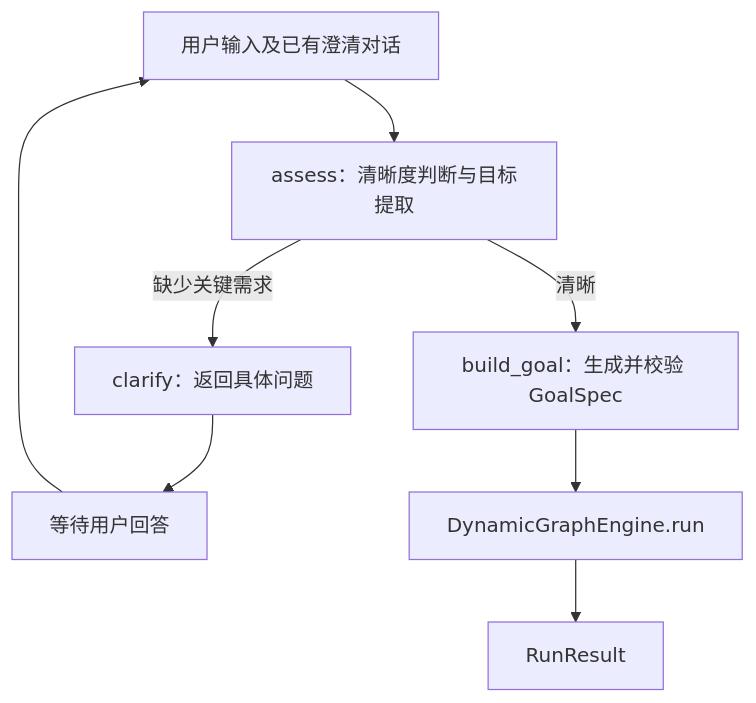
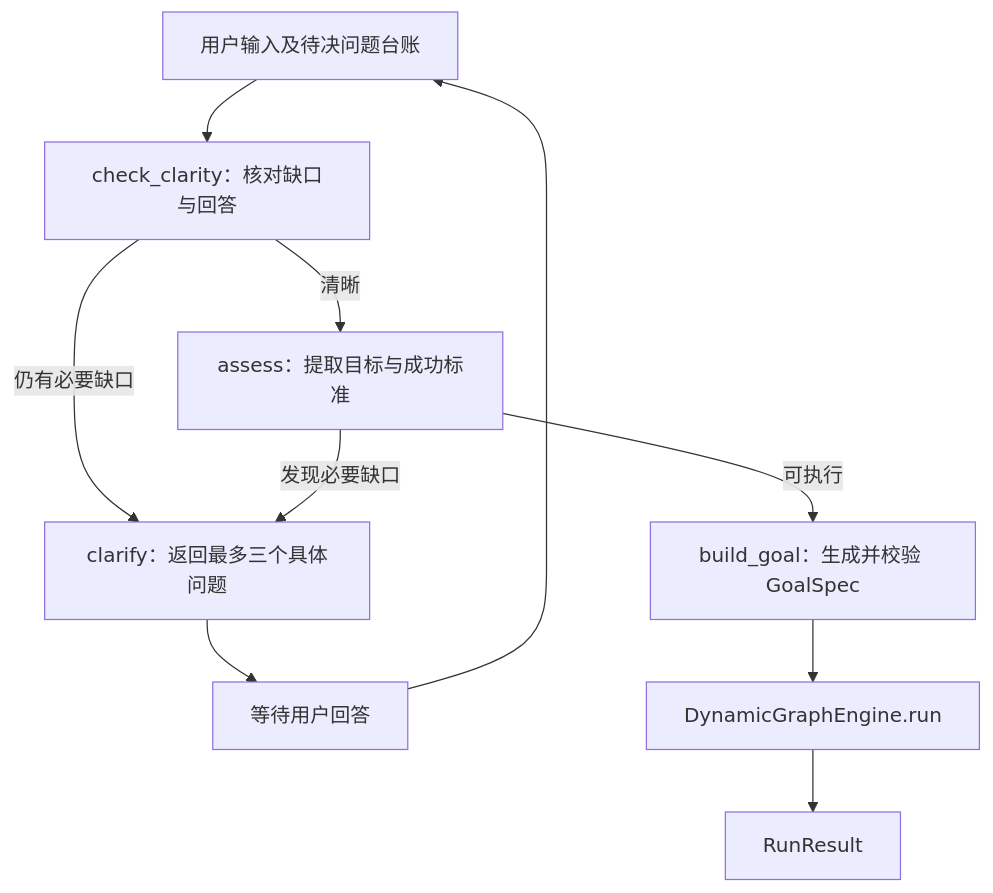
The diagram in README.md (DavidLiuXh/Karen), drawn with Mermaid before and after one commit. The commit also changed other lines of this file and 2 other files, not shown here.

Commit message:
Document clarification contracts and retain final partial evaluation results

````diff
--- a/README.md
+++ b/README.md
@@ -18,10 +20,12 @@
 ```mermaid
 flowchart TD
-    U[用户输入及已有澄清对话] --> A[assess：清晰度判断与目标提取]
-    A -->|缺少关键需求| Q[clarify：返回具体问题]
+    U[用户输入及待决问题台账] --> C[check_clarity：核对缺口与回答]
+    C -->|仍有必要缺口| Q[clarify：返回最多三个具体问题]
     Q --> W[等待用户回答]
     W --> U
-    A -->|清晰| G[build_goal：生成并校验 GoalSpec]
+    C -->|清晰| A[assess：提取目标与成功标准]
+    A -->|发现必要缺口| Q
+    A -->|可执行| G[build_goal：生成并校验 GoalSpec]
     G --> E[DynamicGraphEngine.run]
     E --> R[RunResult]
 ```
````
